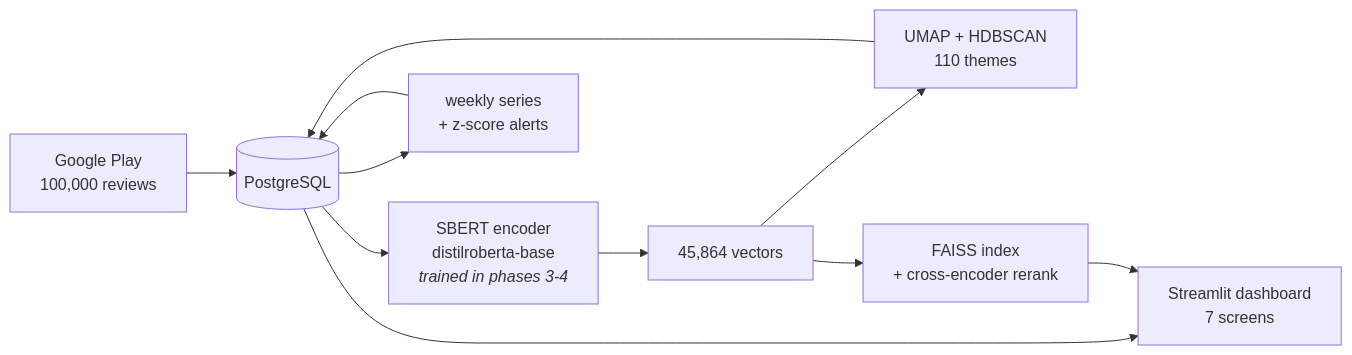
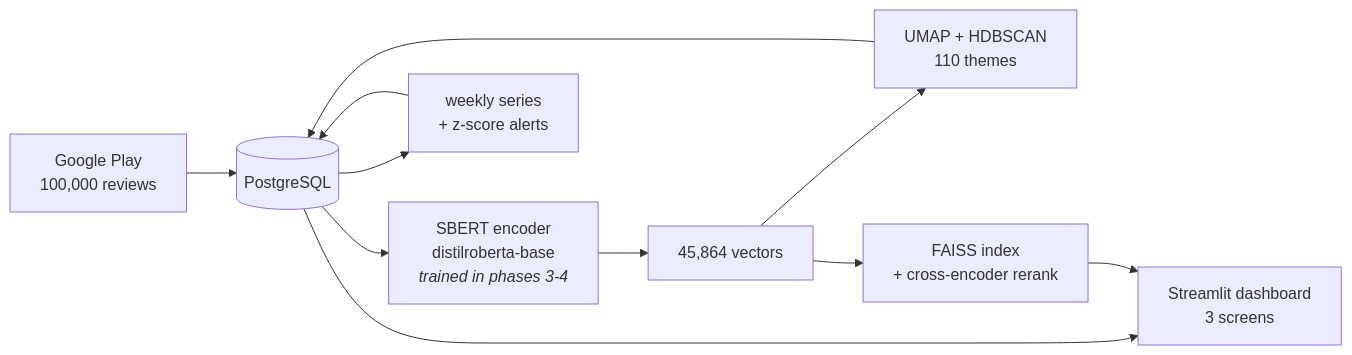
Before and after one commit to ayn-aval/Echo: the diagram in README.md, drawn with Mermaid. The commit also changed other lines of this file and 19 other files, not shown here.

First line of the commit message:
Three screens instead of seven, and charts you can click

````diff
--- a/README.md
+++ b/README.md
@@ -67,13 +68,13 @@
 ```mermaid
 flowchart LR
     A["Google Play<br/>100,000 reviews"] --> B[("PostgreSQL")]
     B --> C["SBERT encoder<br/>distilroberta-base<br/><i>trained in phases 3-4</i>"]
     C --> D["45,864 vectors"]
     D --> E["UMAP + HDBSCAN<br/>110 themes"]
     D --> F["FAISS index<br/>+ cross-encoder rerank"]
     E --> B
     B --> G["weekly series<br/>+ z-score alerts"]
     G --> B
-    B --> H["Streamlit dashboard<br/>7 screens"]
+    B --> H["Streamlit dashboard<br/>3 screens"]
     F --> H
 ```
````
